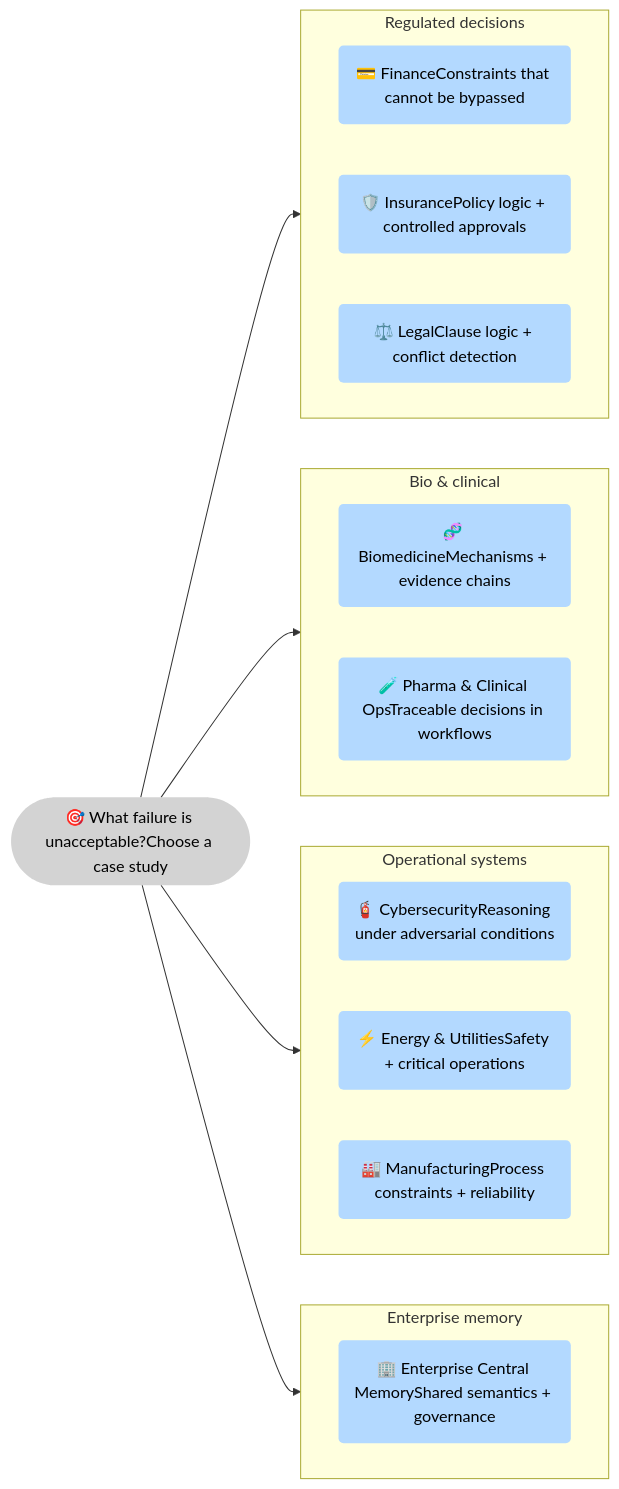
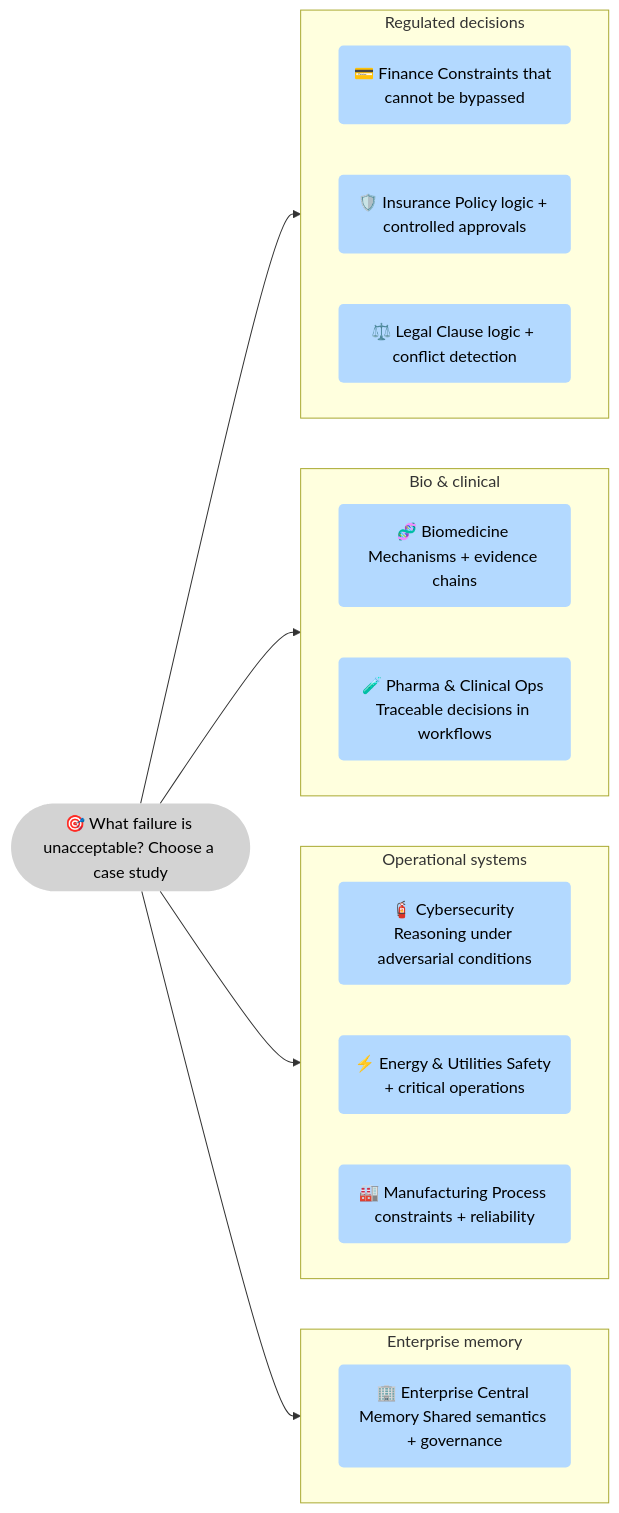
Before and after one commit to 5Reasons/5reasons.github.io: the fourth of 5 diagrams in docs/index.md, drawn with Mermaid. The commit also changed other lines of this file, not shown here.

Commit message:
Fix typos in Mermaid diagram labels for improved clarity and readability

````diff
--- a/docs/index.md
+++ b/docs/index.md
@@ -286,52 +286,52 @@
 ```mermaid
 flowchart LR
 %% Styles (brModel Standard)
 classDef i fill:#D3D3D3,stroke-width:0px,color:#000;
 classDef p fill:#B3D9FF,stroke-width:0px,color:#000;
 classDef r fill:#FFFFB3,stroke-width:0px,color:#000;
 classDef o fill:#C1F0C1,stroke-width:0px,color:#000;
 classDef s fill:#FFB3B3,stroke-width:0px,color:#000;
 
-P_Route(["🎯 What failure is unacceptable?Choose a case study"]):::i
+P_Route(["🎯 What failure is unacceptable? Choose a case study"]):::i
 
 subgraph G_Reg["Regulated decisions"]
 direction LR
-P_Fin("💳 FinanceConstraints that cannot be bypassed"):::p
-P_Ins("🛡️ InsurancePolicy logic + controlled approvals"):::p
-P_Legal("⚖️ LegalClause logic + conflict detection"):::p
+P_Fin("💳 Finance Constraints that cannot be bypassed"):::p
+P_Ins("🛡️ Insurance Policy logic + controlled approvals"):::p
+P_Legal("⚖️ Legal Clause logic + conflict detection"):::p
 end
 
 subgraph G_Bio["Bio & clinical"]
 direction LR
-P_Bio("🧬 BiomedicineMechanisms + evidence chains"):::p
-P_Pharma("🧪 Pharma & Clinical OpsTraceable decisions in workflows"):::p
+P_Bio("🧬 Biomedicine Mechanisms + evidence chains"):::p
+P_Pharma("🧪 Pharma & Clinical Ops Traceable decisions in workflows"):::p
 end
 
 subgraph G_Ops["Operational systems"]
 direction LR
-P_Cyber("🧯 CybersecurityReasoning under adversarial conditions"):::p
-P_Energy("⚡ Energy & UtilitiesSafety + critical operations"):::p
-P_Manu("🏭 ManufacturingProcess constraints + reliability"):::p
+P_Cyber("🧯 Cybersecurity Reasoning under adversarial conditions"):::p
+P_Energy("⚡ Energy & Utilities Safety + critical operations"):::p
+P_Manu("🏭 Manufacturing Process constraints + reliability"):::p
 end
 
 subgraph G_Org["Enterprise memory"]
 direction LR
-P_ECM("🏢 Enterprise Central MemoryShared semantics + governance"):::p
+P_ECM("🏢 Enterprise Central Memory Shared semantics + governance"):::p
 end
 
 P_Route --> G_Reg
 P_Route --> G_Bio
 P_Route --> G_Ops
 P_Route --> G_Org
 click P_Route "/case-studies/" "Case studies"
 
 click P_ECM "/case-studies/enterprise-central-memory/" "Enterprise Central Memory"
 click P_Fin "/case-studies/finance/" "Finance"
 click P_Ins "/case-studies/insurance/" "Insurance"
 click P_Legal "/case-studies/legal/" "Legal"
 click P_Bio "/case-studies/biomedicine/" "Biomedicine"
 click P_Pharma "/case-studies/pharma-clinical-ops/" "Pharma & Clinical Ops"
 click P_Cyber "/case-studies/cybersecurity/" "Cybersecurity"
 click P_Energy "/case-studies/energy-utilities/" "Energy & Utilities"
 click P_Manu "/case-studies/manufacturing/" "Manufacturing"
 ```
````
